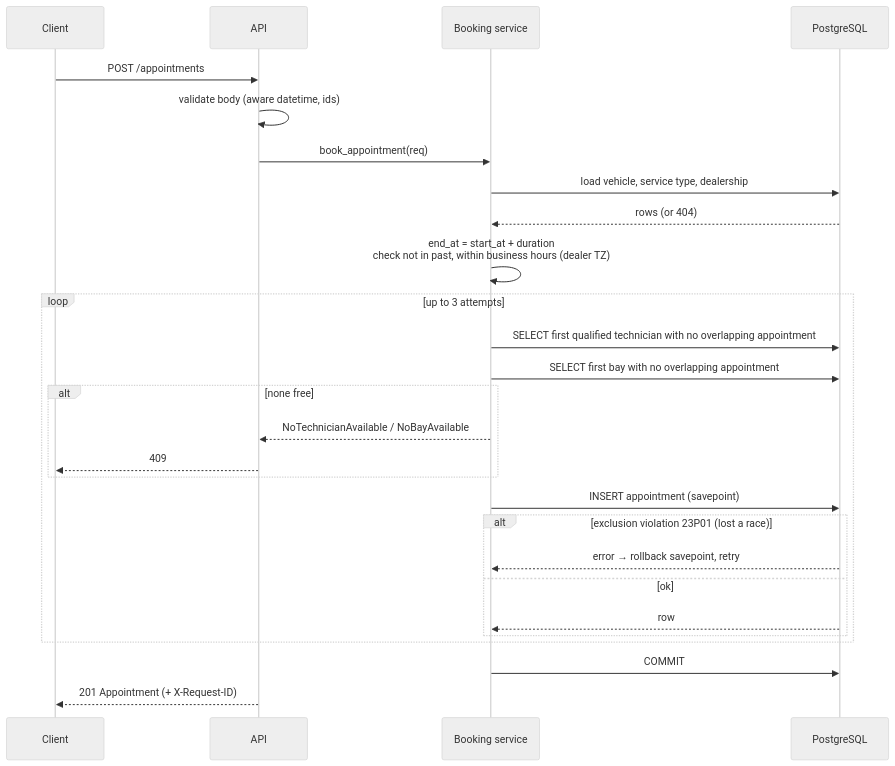
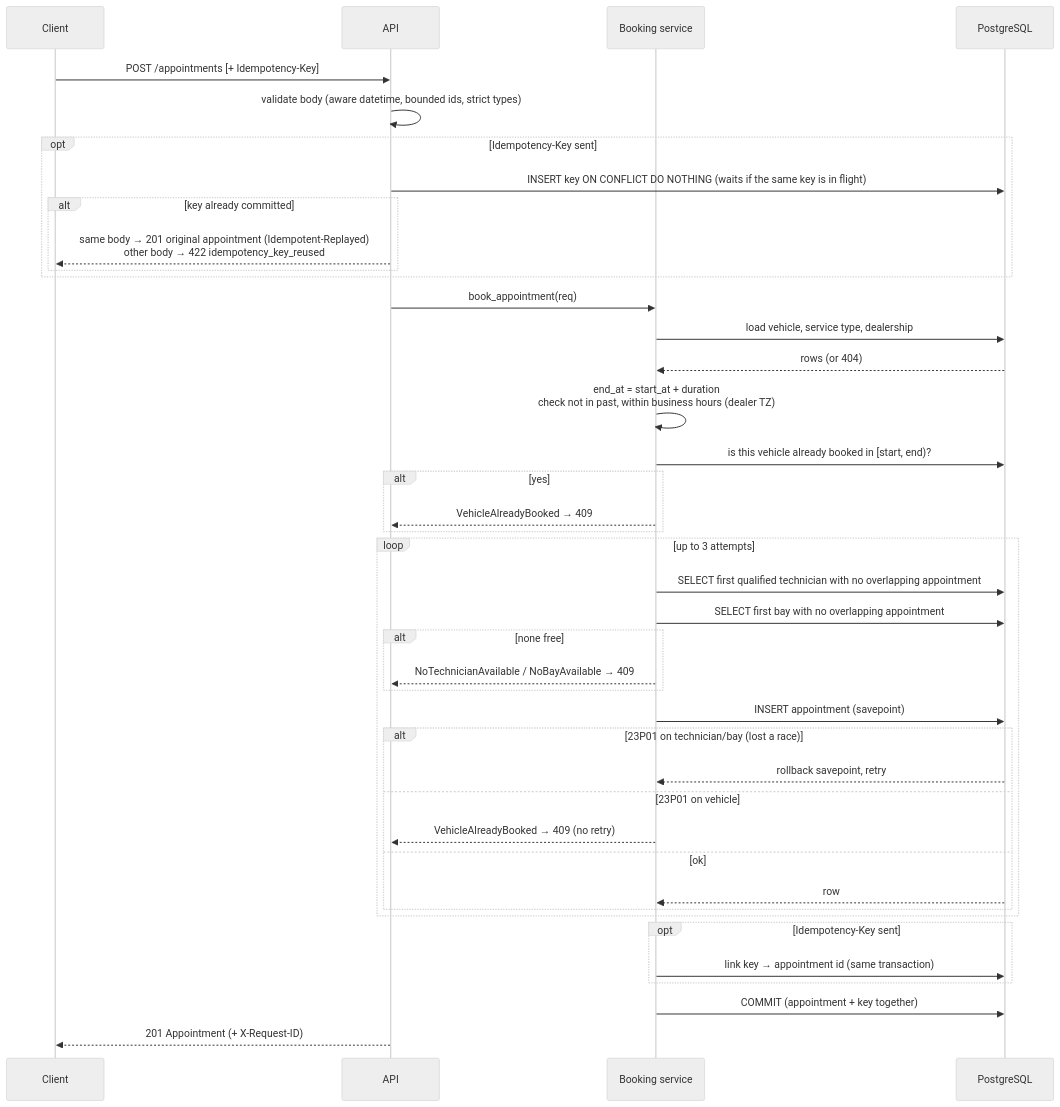
The third of 3 diagrams in docs/SYSTEM_DESIGN.md (thuanrc/Keyloop-challenge), drawn with Mermaid (neutral theme) before and after one commit. The commit also changed other lines of this file and 4 other files, not shown here.

````diff
--- a/docs/SYSTEM_DESIGN.md
+++ b/docs/SYSTEM_DESIGN.md
@@ -261,30 +261,44 @@
 ```mermaid
 sequenceDiagram
     participant C as Client
     participant A as API
     participant S as Booking service
     participant D as PostgreSQL
 
-    C->>A: POST /appointments
-    A->>A: validate body (aware datetime, ids)
+    C->>A: POST /appointments [+ Idempotency-Key]
+    A->>A: validate body (aware datetime, bounded ids, strict types)
+    opt Idempotency-Key sent
+        A->>D: INSERT key ON CONFLICT DO NOTHING (waits if the same key is in flight)
+        alt key already committed
+            A-->>C: same body → 201 original appointment (Idempotent-Replayed)<br/>other body → 422 idempotency_key_reused
+        end
+    end
     A->>S: book_appointment(req)
     S->>D: load vehicle, service type, dealership
     D-->>S: rows (or 404)
     S->>S: end_at = start_at + duration<br/>check not in past, within business hours (dealer TZ)
+    S->>D: is this vehicle already booked in [start, end)?
+    alt yes
+        S-->>A: VehicleAlreadyBooked → 409
+    end
     loop up to 3 attempts
         S->>D: SELECT first qualified technician with no overlapping appointment
         S->>D: SELECT first bay with no overlapping appointment
         alt none free
-            S-->>A: NoTechnicianAvailable / NoBayAvailable
-            A-->>C: 409
+            S-->>A: NoTechnicianAvailable / NoBayAvailable → 409
         end
         S->>D: INSERT appointment (savepoint)
-        alt exclusion violation 23P01 (lost a race)
-            D-->>S: error → rollback savepoint, retry
+        alt 23P01 on technician/bay (lost a race)
+            D-->>S: rollback savepoint, retry
+        else 23P01 on vehicle
+            S-->>A: VehicleAlreadyBooked → 409 (no retry)
         else ok
             D-->>S: row
         end
     end
-    S->>D: COMMIT
+    opt Idempotency-Key sent
+        S->>D: link key → appointment id (same transaction)
+    end
+    S->>D: COMMIT (appointment + key together)
     A-->>C: 201 Appointment (+ X-Request-ID)
 ```
````
